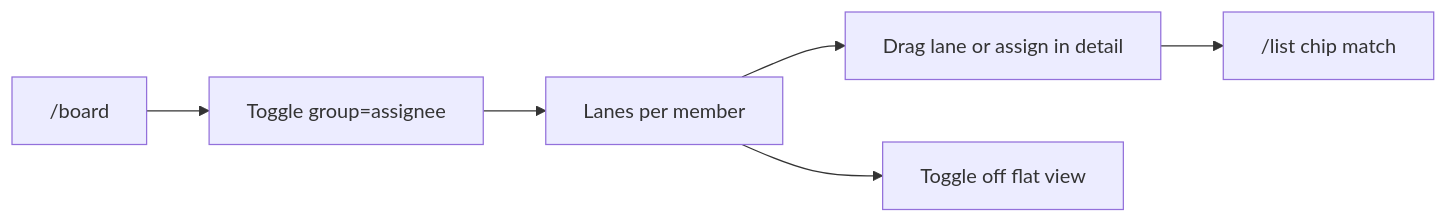
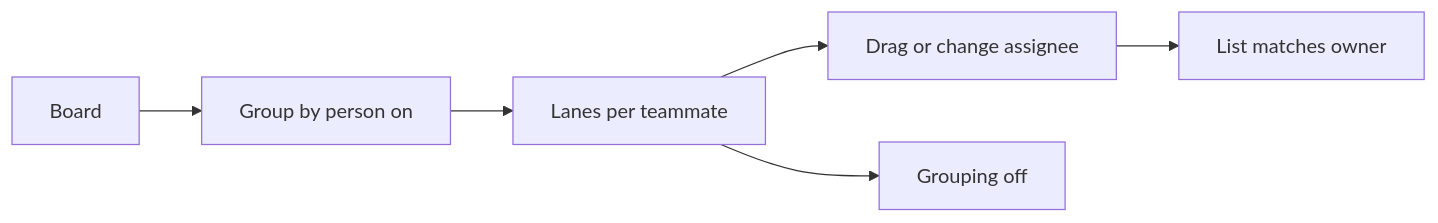
The tenth of 28 diagrams in research/user-journeys.md (wildan-png/todoAppWorkflow-design), drawn with Mermaid before and after one commit. The commit also changed other lines of this file, not shown here.

First line of the commit message:
docs: humanize user journey copy (Part A, steps, diagrams)

````diff
--- a/research/user-journeys.md
+++ b/research/user-journeys.md
@@ -414,8 +414,8 @@
 ```mermaid
 flowchart LR
-  B["/board"] --> G[Toggle group=assignee]
-  G --> L[Lanes per member]
-  L --> M[Drag lane or assign in detail]
-  M --> P["/list chip match"]
-  L --> O[Toggle off flat view]
+  B[Board] --> G[Group by person on]
+  G --> L[Lanes per teammate]
+  L --> M[Drag or change assignee]
+  M --> P[List matches owner]
+  L --> O[Grouping off]
 ```
````
